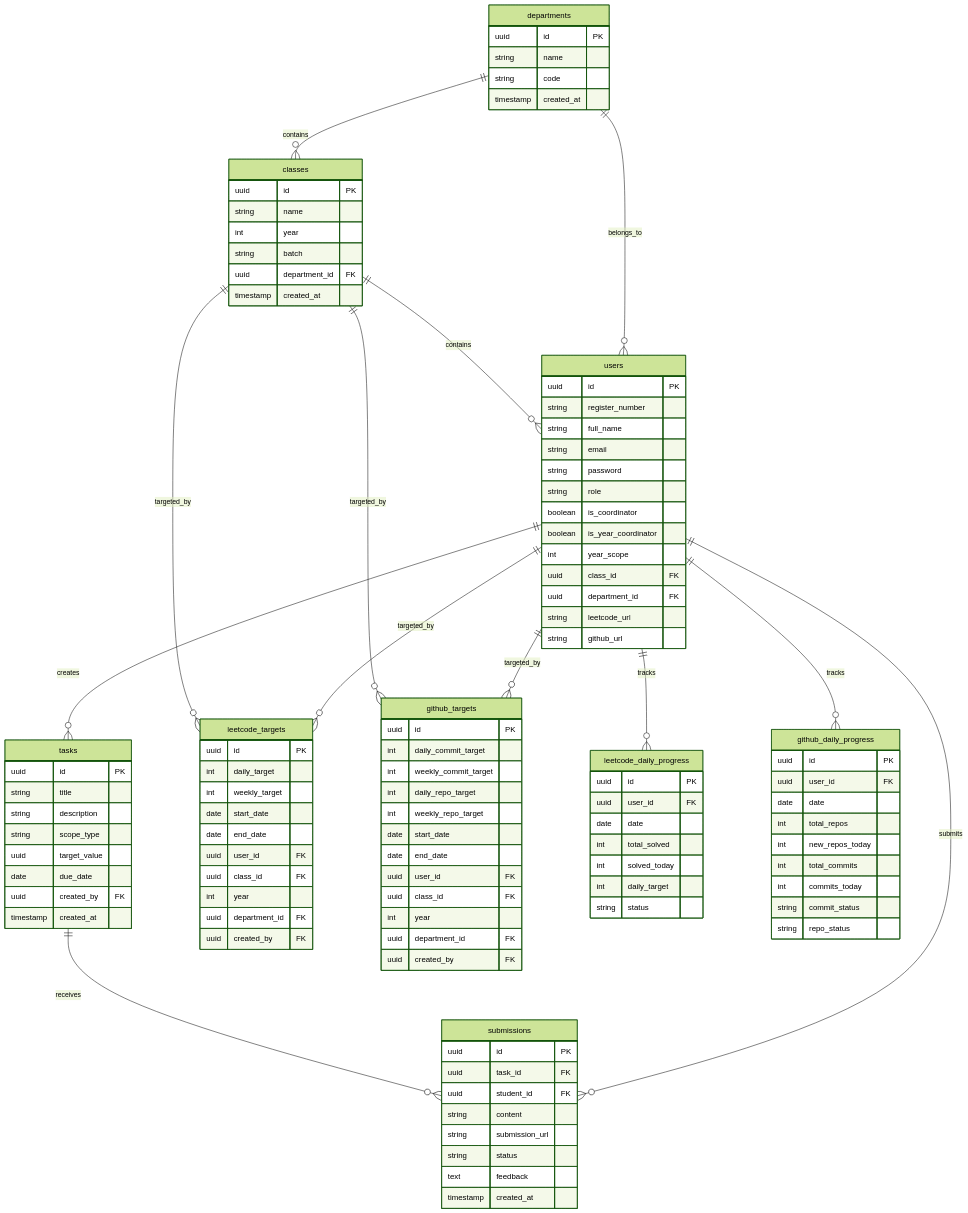
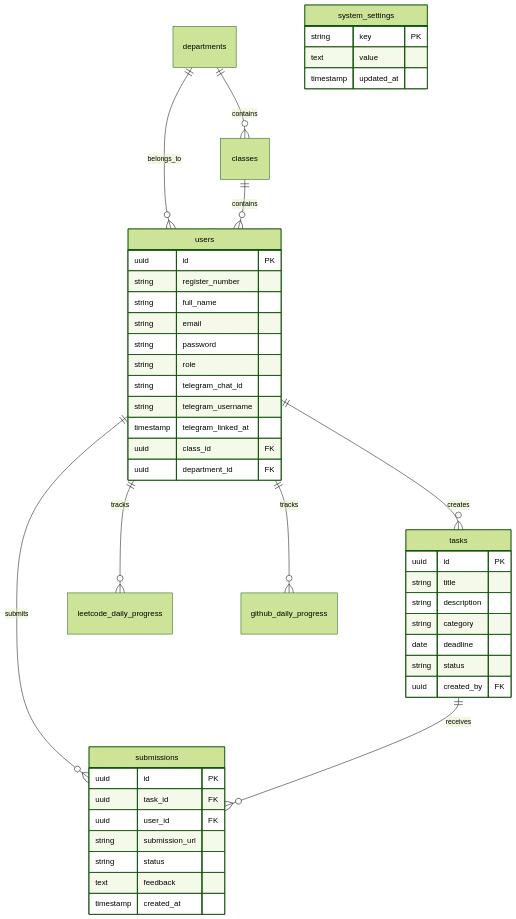
One commit to Tharun4743/IT_taskmanager changed the third of 3 diagrams in README.md. Above: the diagram before and after it, drawn with Mermaid (forest theme). The commit also changed other lines of this file and 4 other files, not shown here.

````diff
--- a/README.md
+++ b/README.md
@@ -182,28 +179,8 @@
     users ||--o{ tasks : creates
     users ||--o{ submissions : submits
     tasks ||--o{ submissions : receives
-    users ||--o{ leetcode_targets : targeted_by
-    classes ||--o{ leetcode_targets : targeted_by
-    users ||--o{ github_targets : targeted_by
-    classes ||--o{ github_targets : targeted_by
     users ||--o{ leetcode_daily_progress : tracks
     users ||--o{ github_daily_progress : tracks
-
-    departments {
-        uuid id PK
-        string name
-        string code
-        timestamp created_at
-    }
-
-    classes {
-        uuid id PK
-        string name
-        int year
-        string batch
-        uuid department_id FK
-        timestamp created_at
-    }
 
     users {
         uuid id PK
@@ -212,84 +189,36 @@
         string email
         string password
         string role
-        boolean is_coordinator
-        boolean is_year_coordinator
-        int year_scope
+        string telegram_chat_id
+        string telegram_username
+        timestamp telegram_linked_at
         uuid class_id FK
         uuid department_id FK
-        string leetcode_url
-        string github_url
+    }
+
+    system_settings {
+        string key PK
+        text value
+        timestamp updated_at
     }
 
     tasks {
         uuid id PK
         string title
         string description
-        string scope_type
-        uuid target_value
-        date due_date
+        string category
+        date deadline
+        string status
         uuid created_by FK
-        timestamp created_at
     }
 
     submissions {
         uuid id PK
         uuid task_id FK
-        uuid student_id FK
-        string content
+        uuid user_id FK
         string submission_url
         string status
         text feedback
         timestamp created_at
     }
-
-    leetcode_targets {
-        uuid id PK
-        int daily_target
-        int weekly_target
-        date start_date
-        date end_date
-        uuid user_id FK
-        uuid class_id FK
-        int year
-        uuid department_id FK
-        uuid created_by FK
-    }
-
-    leetcode_daily_progress {
-        uuid id PK
-        uuid user_id FK
-        date date
-        int total_solved
-        int solved_today
-        int daily_target
-        string status
-    }
-
-    github_targets {
-        uuid id PK
-        int daily_commit_target
-        int weekly_commit_target
-        int daily_repo_target
-        int weekly_repo_target
-        date start_date
-        date end_date
-        uuid user_id FK
-        uuid class_id FK
-        int year
-        uuid department_id FK
-        uuid created_by FK
-    }
-
-    github_daily_progress {
-        uuid id PK
-        uuid user_id FK
-        date date
-        int total_repos
-        int new_repos_today
-        int total_commits
-        int commits_today
-        string commit_status
-        string repo_status
-    }
 ```
````
